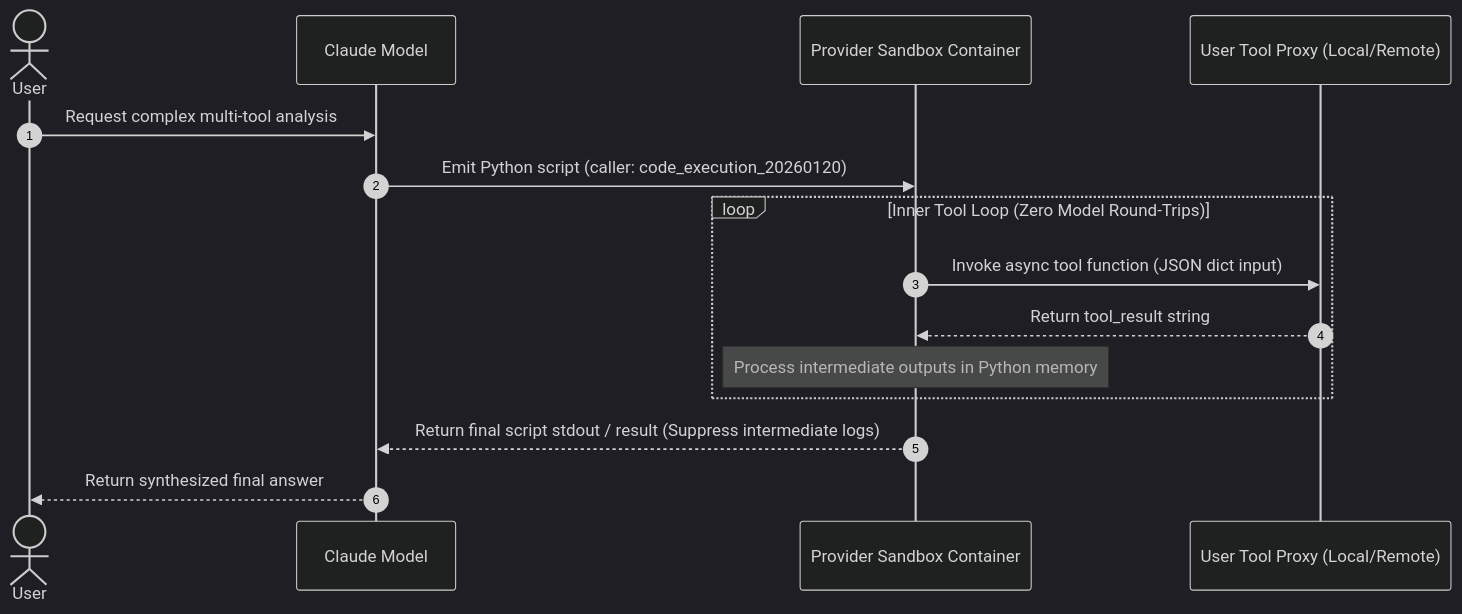
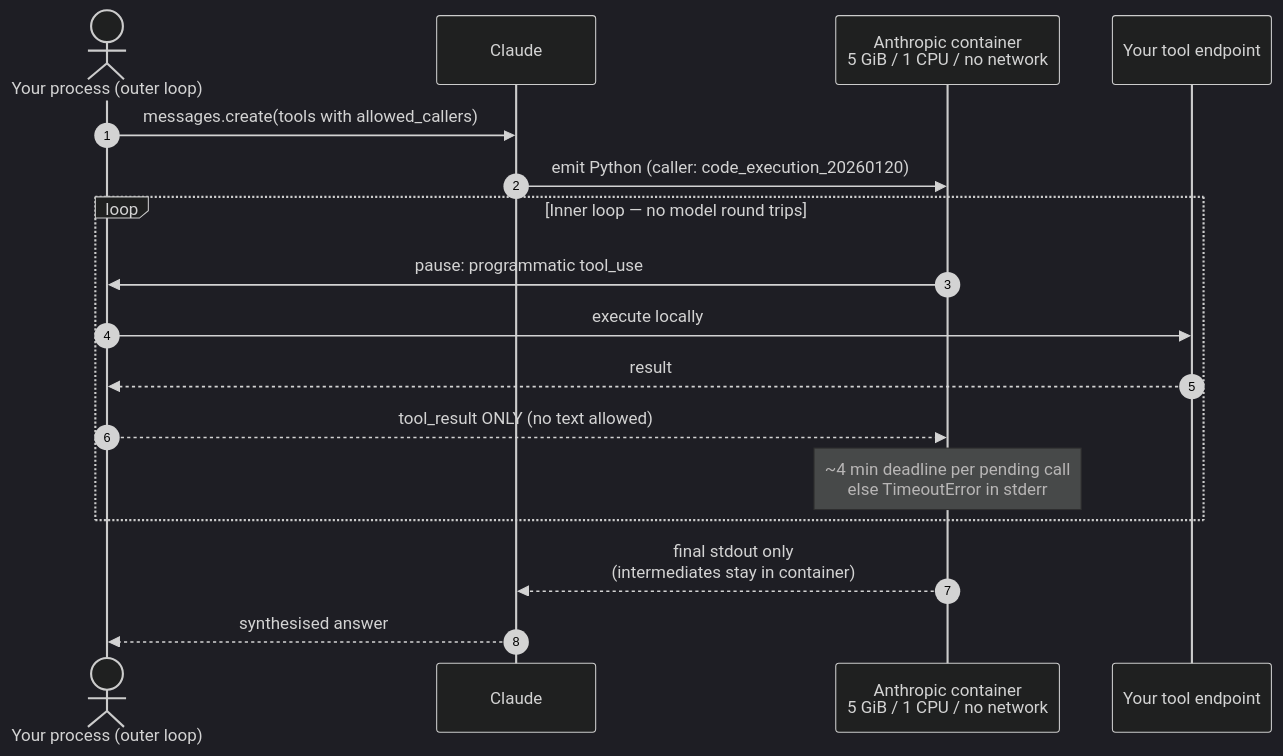
One commit to alankatanoisi/claude-local-bridge-playground changed the first of 3 diagrams in docs/ai-orchestration-preliminary-study-2026-07-29.md. Above: the diagram before and after it, drawn with Mermaid (dark theme). The commit also changed other lines of this file and 1 other file, not shown here.

````diff
--- a/docs/ai-orchestration-preliminary-study-2026-07-29.md
+++ b/docs/ai-orchestration-preliminary-study-2026-07-29.md
@@ -68,18 +172,20 @@
 ```mermaid
 sequenceDiagram
     autonumber
-    actor User
-    participant Model as Claude Model
-    participant Container as Provider Sandbox Container
-    participant UserTool as User Tool Proxy (Local/Remote)
+    actor Dev as Your process (outer loop)
+    participant Model as Claude
+    participant Container as Anthropic container<br/>5 GiB / 1 CPU / no network
+    participant Tool as Your tool endpoint
 
-    User->>Model: Request complex multi-tool analysis
-    Model->>Container: Emit Python script (caller: code_execution_20260120)
-    loop Inner Tool Loop (Zero Model Round-Trips)
-        Container->>UserTool: Invoke async tool function (JSON dict input)
-        UserTool-->>Container: Return tool_result string
-        Note over Container: Process intermediate outputs in Python memory
+    Dev->>Model: messages.create(tools with allowed_callers)
+    Model->>Container: emit Python (caller: code_execution_20260120)
+    loop Inner loop — no model round trips
+        Container->>Dev: pause: programmatic tool_use
+        Dev->>Tool: execute locally
+        Tool-->>Dev: result
+        Dev-->>Container: tool_result ONLY (no text allowed)
+        Note over Container: ~4 min deadline per pending call<br/>else TimeoutError in stderr
     end
-    Container-->>Model: Return final script stdout / result (Suppress intermediate logs)
-    Model-->>User: Return synthesized final answer
+    Container-->>Model: final stdout only<br/>(intermediates stay in container)
+    Model-->>Dev: synthesised answer
 ```
````
